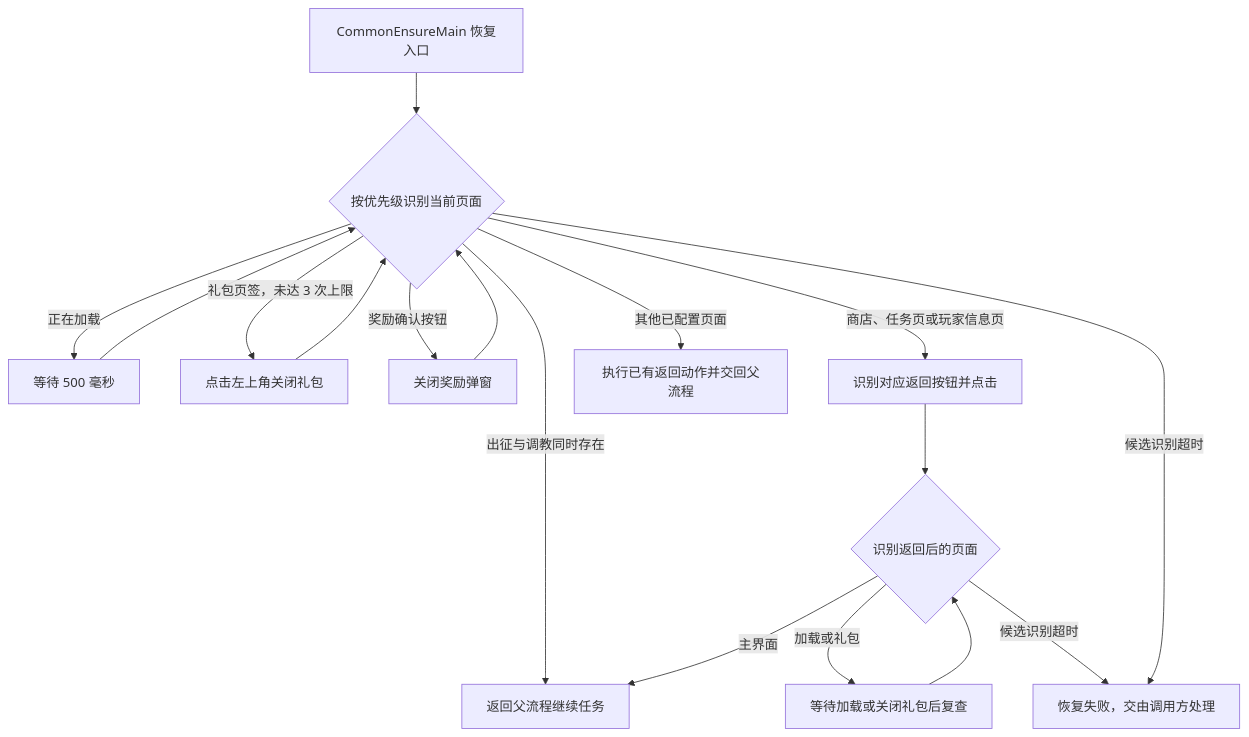
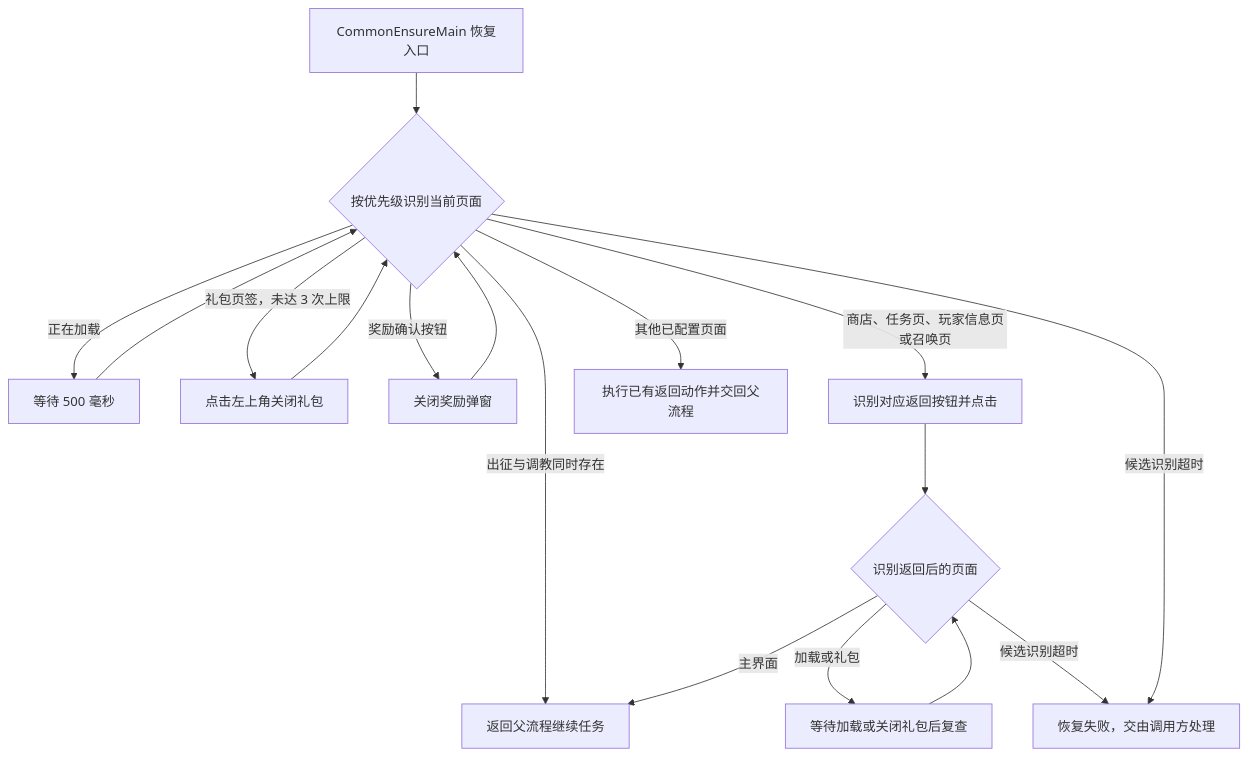
Before and after one commit to cccrx1/TKFMaa: the first of 2 diagrams in docs/zh_cn/tasks/common_navigation.md, drawn with Mermaid. The commit also changed other lines of this file and 3 other files, not shown here.

````diff
--- a/docs/zh_cn/tasks/common_navigation.md
+++ b/docs/zh_cn/tasks/common_navigation.md
@@ -19,19 +19,19 @@
 ```mermaid
 flowchart TD
     Start[CommonEnsureMain 恢复入口] --> Check{按优先级识别当前页面}
     Check -->|正在加载| Wait[等待 500 毫秒]
     Wait --> Check
     Check -->|礼包页签，未达 3 次上限| Gift[点击左上角关闭礼包]
     Gift --> Check
     Check -->|奖励确认按钮| Reward[关闭奖励弹窗]
     Reward --> Check
     Check -->|出征与调教同时存在| Return[返回父流程继续任务]
-    Check -->|商店、任务页或玩家信息页| Back[识别对应返回按钮并点击]
+    Check -->|商店、任务页、玩家信息页或召唤页| Back[识别对应返回按钮并点击]
     Back --> Verify{识别返回后的页面}
     Verify -->|加载或礼包| Handle[等待加载或关闭礼包后复查]
     Handle --> Verify
     Verify -->|主界面| Return
     Verify -->|候选识别超时| Fail[恢复失败，交由调用方处理]
     Check -->|其他已配置页面| Legacy[执行已有返回动作并交回父流程]
     Check -->|候选识别超时| Fail
 ```
````
